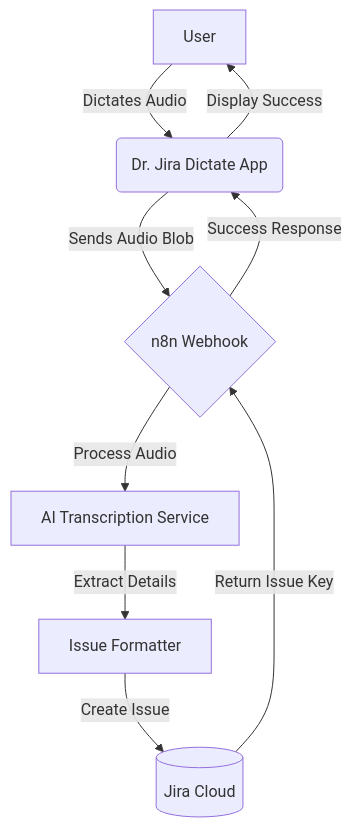
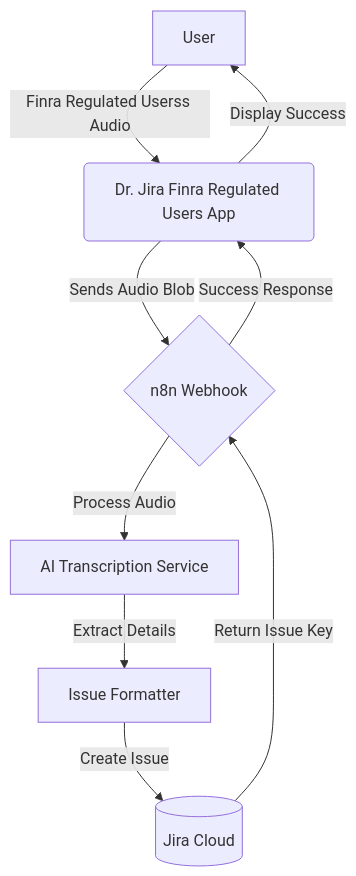
Before and after one commit to jabrealmoe/finra-regulated-user-tracker: the diagram in README.md, drawn with Mermaid. The commit also changed other lines of this file and 2 other files, not shown here.

````diff
--- a/README.md
+++ b/README.md
@@ -21,11 +21,11 @@
 ```mermaid
 graph TD
-    A[User] -->|Dictates Audio| B(Dr. Jira Dictate App)
+    A[User] -->|Finra Regulated Userss Audio| B(Dr. Jira Finra Regulated Users App)
     B -->|Sends Audio Blob| C{n8n Webhook}
     C -->|Process Audio| D[AI Transcription Service]
     D -->|Extract Details| E[Issue Formatter]
     E -->|Create Issue| F[(Jira Cloud)]
     F -->|Return Issue Key| C
     C -->|Success Response| B
     B -->|Display Success| A
 ```
````
